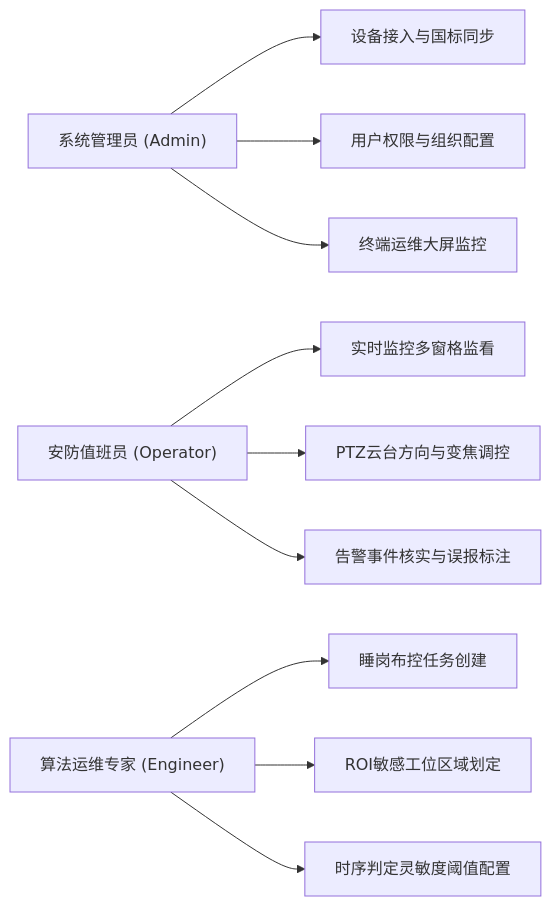
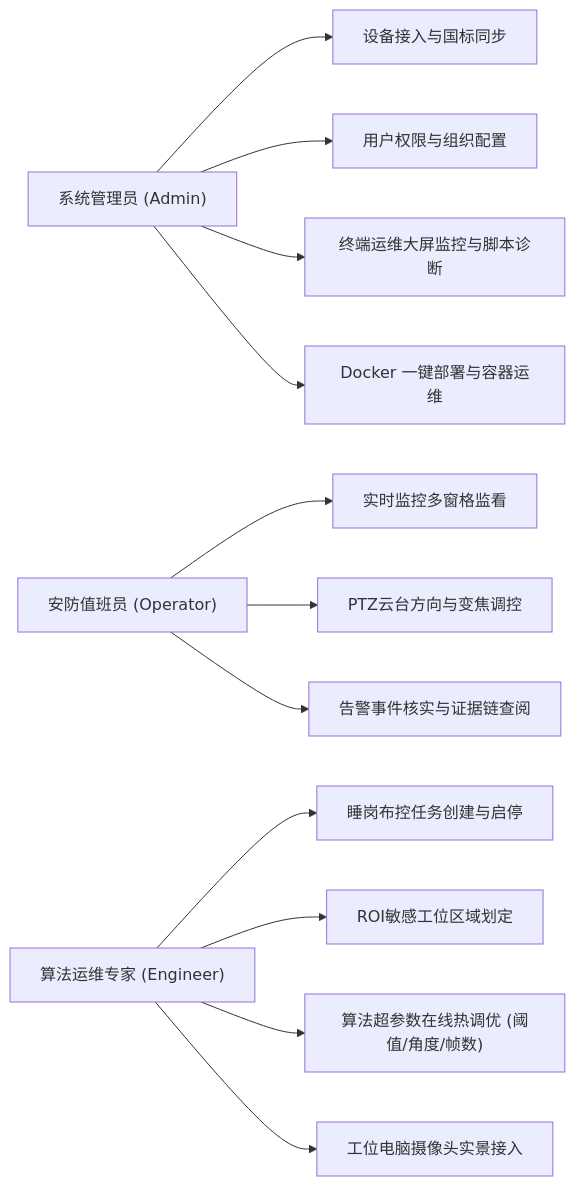
Before and after one commit to Elaina168/easySVA: the diagram in docs/course_deliverables/01_需求文档.md, drawn with Mermaid. The commit also changed other lines of this file and 10 other files, not shown here.

Commit message:
docs: 交付 v2.5 全套软件工程设计、测试与运维规范文档及架构图集

````diff
--- a/docs/course_deliverables/01_需求文档.md
+++ b/docs/course_deliverables/01_需求文档.md
@@ -48,14 +51,16 @@
 ```mermaid
 graph LR
     Admin["系统管理员 (Admin)"] --> UC1["设备接入与国标同步"]
     Admin --> UC2["用户权限与组织配置"]
-    Admin --> UC3["终端运维大屏监控"]
+    Admin --> UC3["终端运维大屏监控与脚本诊断"]
+    Admin --> UC4["Docker 一键部署与容器运维"]
     
-    Operator["安防值班员 (Operator)"] --> UC4["实时监控多窗格监看"]
-    Operator --> UC5["PTZ云台方向与变焦调控"]
-    Operator --> UC6["告警事件核实与误报标注"]
+    Operator["安防值班员 (Operator)"] --> UC5["实时监控多窗格监看"]
+    Operator --> UC6["PTZ云台方向与变焦调控"]
+    Operator --> UC7["告警事件核实与证据链查阅"]
     
-    AIEngineer["算法运维专家 (Engineer)"] --> UC7["睡岗布控任务创建"]
-    AIEngineer --> UC8["ROI敏感工位区域划定"]
-    AIEngineer --> UC9["时序判定灵敏度阈值配置"]
+    AIEngineer["算法运维专家 (Engineer)"] --> UC8["睡岗布控任务创建与启停"]
+    AIEngineer --> UC9["ROI敏感工位区域划定"]
+    AIEngineer --> UC10["算法超参数在线热调优 (阈值/角度/帧数)"]
+    AIEngineer --> UC11["工位电脑摄像头实景接入"]
 ```
````
